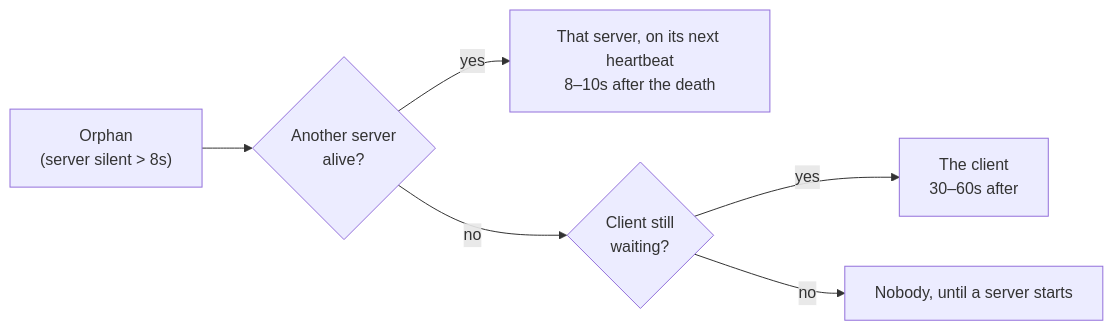
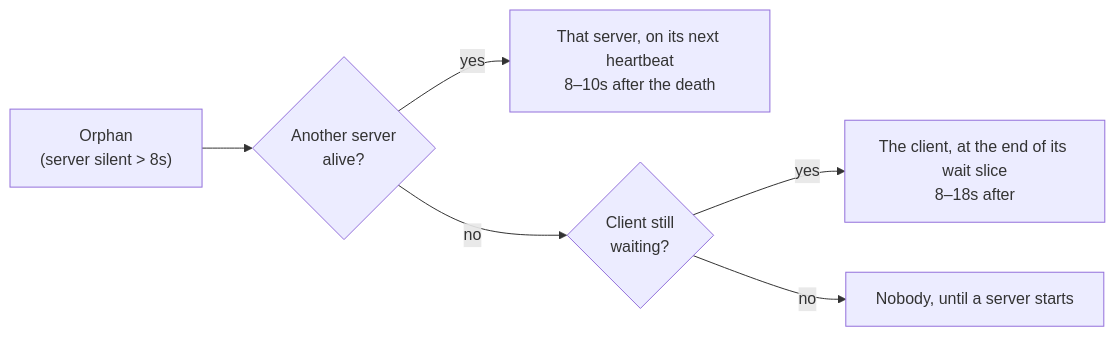
The second of 2 diagrams in docs/reaping.md (KaiqueBahmad/anycall), drawn with Mermaid before and after one commit. The commit also changed other lines of this file and 3 other files, not shown here.

````diff
--- a/docs/reaping.md
+++ b/docs/reaping.md
@@ -42,8 +55,8 @@
 ```mermaid
 flowchart LR
     O["Orphan<br/>(server silent > 8s)"] --> Q1{"Another server<br/>alive?"}
     Q1 -- yes --> S["That server, on its next heartbeat<br/>8–10s after the death"]
     Q1 -- no --> Q2{"Client still<br/>waiting?"}
-    Q2 -- yes --> W["The client<br/>30–60s after"]
+    Q2 -- yes --> W["The client, at the end of its wait slice<br/>8–18s after"]
     Q2 -- no --> N["Nobody, until a server starts"]
 ```
````
